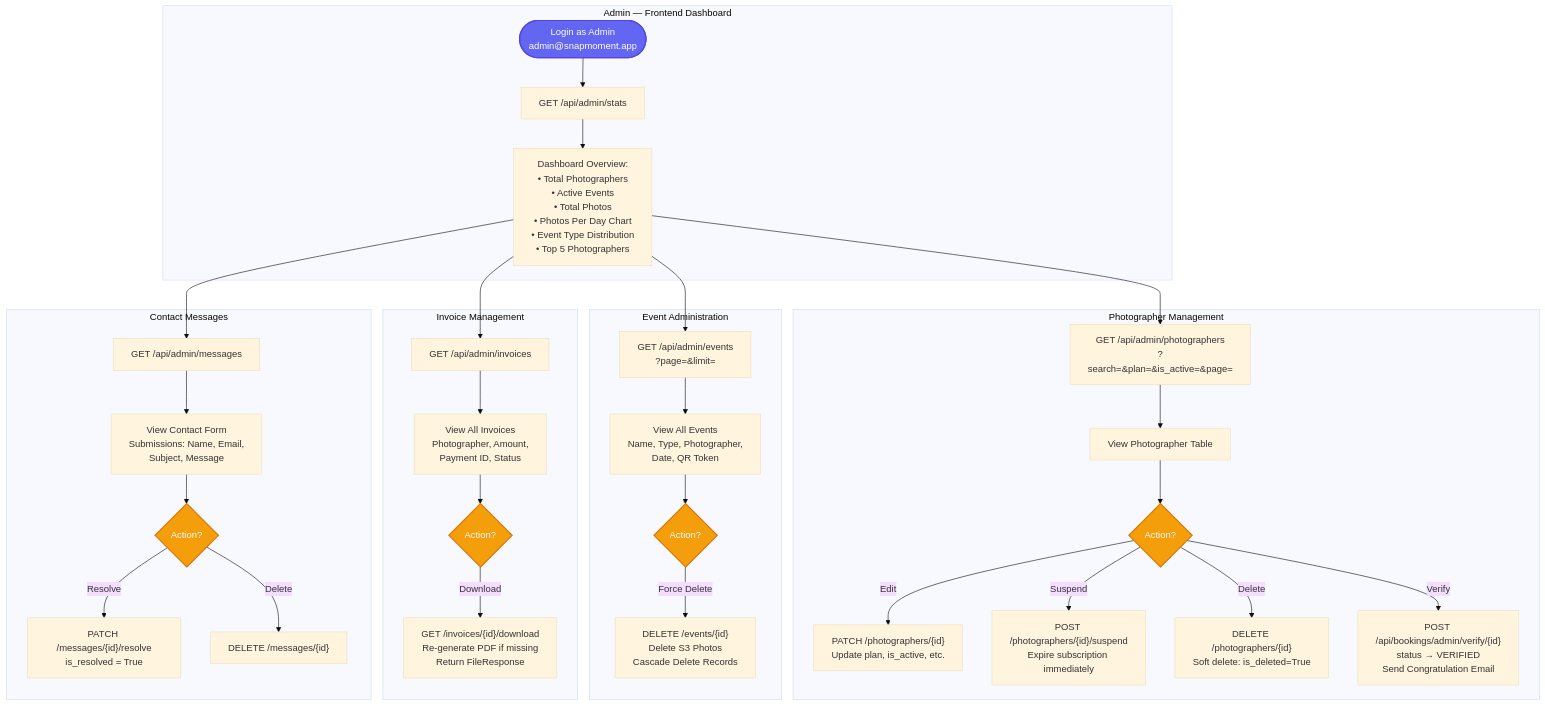
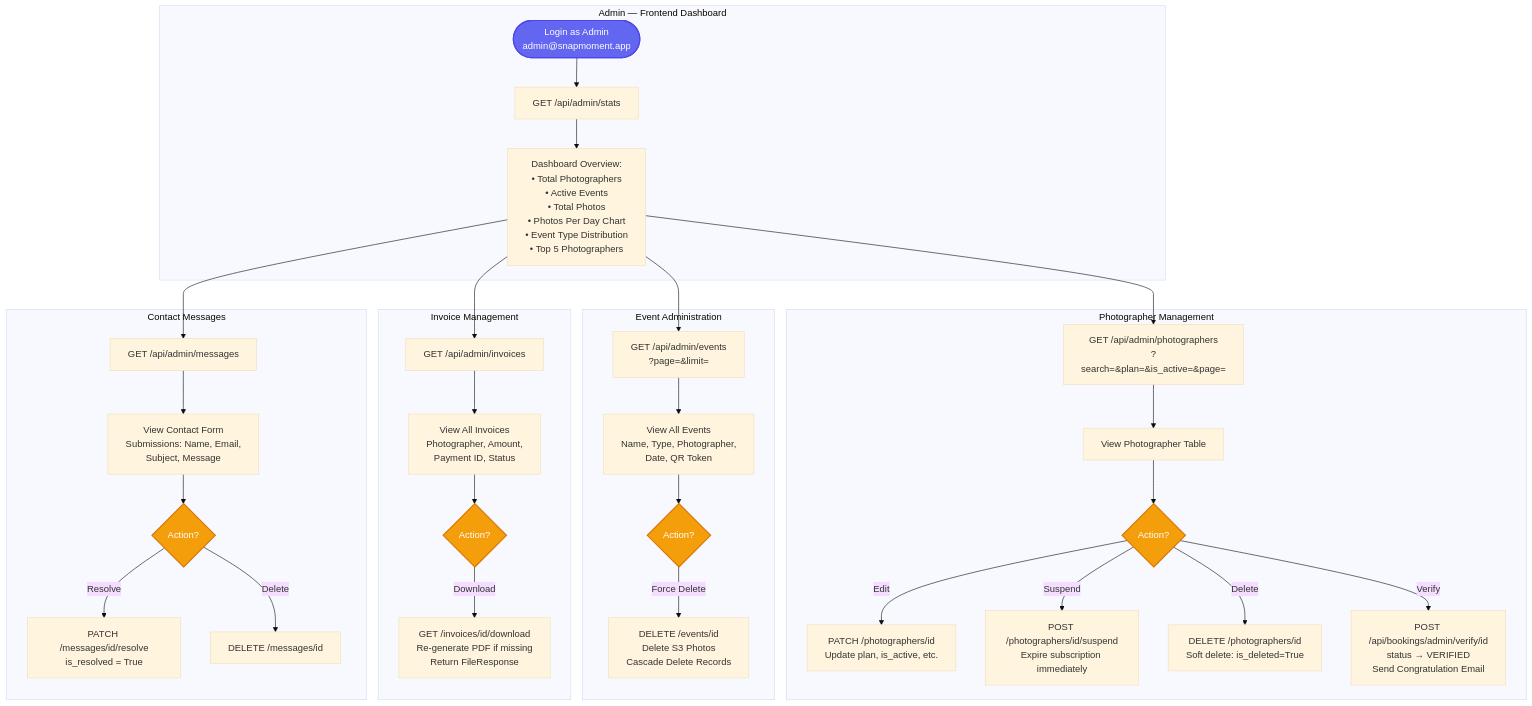
One commit to JoelJose212/SnapMoment changed the ninth of 20 diagrams in README.md. Above: the diagram before and after it, drawn with Mermaid (base theme). The commit also changed other lines of this file, not shown here.

Commit message:
Fix Mermaid parse errors: escape curly braces in workflow diagram node labels

````diff
--- a/README.md
+++ b/README.md
@@ -575,45 +575,45 @@
 ```mermaid
 flowchart TD
     subgraph "Admin — Frontend Dashboard"
         A1([Login as Admin\nadmin@snapmoment.app]) --> A2[GET /api/admin/stats]
         A2 --> A3["Dashboard Overview:\n• Total Photographers\n• Active Events\n• Total Photos\n• Photos Per Day Chart\n• Event Type Distribution\n• Top 5 Photographers"]
     end
 
     subgraph "Photographer Management"
         A3 --> B1[GET /api/admin/photographers\n?search=&plan=&is_active=&page=]
         B1 --> B2[View Photographer Table]
         B2 --> B3{Action?}
-        B3 -->|Edit| B4["PATCH /photographers/{id}\nUpdate plan, is_active, etc."]
-        B3 -->|Suspend| B5["POST /photographers/{id}/suspend\nExpire subscription immediately"]
-        B3 -->|Delete| B6["DELETE /photographers/{id}\nSoft delete: is_deleted=True"]
-        B3 -->|Verify| B7["POST /api/bookings/admin/verify/{id}\nstatus → VERIFIED\nSend Congratulation Email"]
+        B3 -->|Edit| B4["PATCH /photographers/id\nUpdate plan, is_active, etc."]
+        B3 -->|Suspend| B5["POST /photographers/id/suspend\nExpire subscription immediately"]
+        B3 -->|Delete| B6["DELETE /photographers/id\nSoft delete: is_deleted=True"]
+        B3 -->|Verify| B7["POST /api/bookings/admin/verify/id\nstatus → VERIFIED\nSend Congratulation Email"]
     end
 
     subgraph "Event Administration"
         A3 --> C1[GET /api/admin/events\n?page=&limit=]
         C1 --> C2[View All Events\nName, Type, Photographer,\nDate, QR Token]
         C2 --> C3{Action?}
-        C3 -->|Force Delete| C4["DELETE /events/{id}\nDelete S3 Photos\nCascade Delete Records"]
+        C3 -->|Force Delete| C4["DELETE /events/id\nDelete S3 Photos\nCascade Delete Records"]
     end
 
     subgraph "Invoice Management"
         A3 --> D1[GET /api/admin/invoices]
         D1 --> D2[View All Invoices\nPhotographer, Amount,\nPayment ID, Status]
         D2 --> D3{Action?}
-        D3 -->|Download| D4["GET /invoices/{id}/download\nRe-generate PDF if missing\nReturn FileResponse"]
+        D3 -->|Download| D4["GET /invoices/id/download\nRe-generate PDF if missing\nReturn FileResponse"]
     end
 
     subgraph "Contact Messages"
         A3 --> E1[GET /api/admin/messages]
         E1 --> E2[View Contact Form\nSubmissions: Name, Email,\nSubject, Message]
         E2 --> E3{Action?}
-        E3 -->|Resolve| E4["PATCH /messages/{id}/resolve\nis_resolved = True"]
-        E3 -->|Delete| E5["DELETE /messages/{id}"]
+        E3 -->|Resolve| E4["PATCH /messages/id/resolve\nis_resolved = True"]
+        E3 -->|Delete| E5["DELETE /messages/id"]
     end
 
     style A1 fill:#6366f1,color:#fff,stroke:#4f46e5,stroke-width:2px
     style B3 fill:#f59e0b,color:#fff,stroke:#d97706,stroke-width:2px
     style C3 fill:#f59e0b,color:#fff,stroke:#d97706,stroke-width:2px
     style D3 fill:#f59e0b,color:#fff,stroke:#d97706,stroke-width:2px
     style E3 fill:#f59e0b,color:#fff,stroke:#d97706,stroke-width:2px
 ```
````
